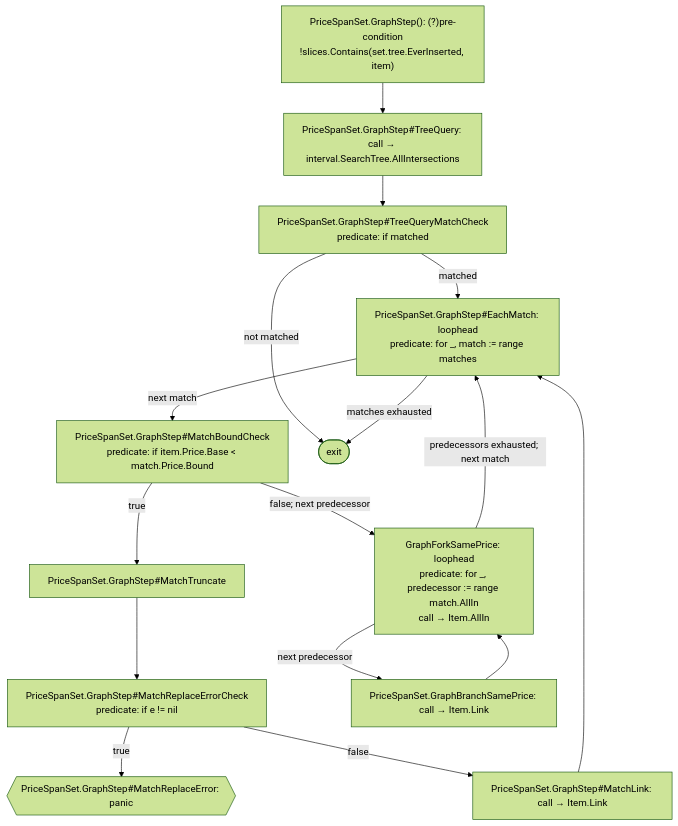
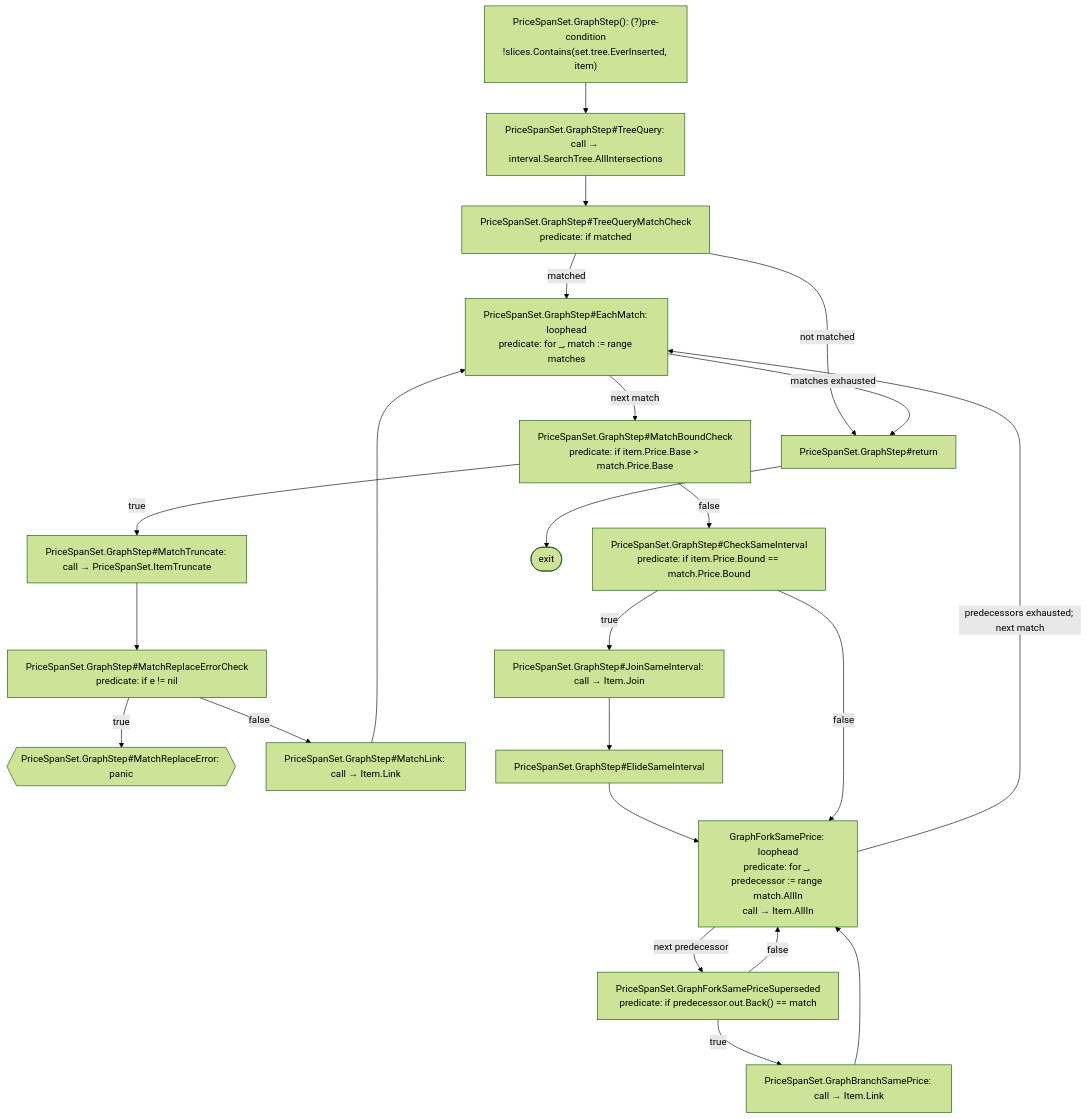
Before and after one commit to byron-hawkins/profit-triplet: diagram 14 of 15 in model/doc/dag.cfg.md, drawn with Mermaid (forest theme). The commit also changed other lines of this file and 7 other files, not shown here.

Commit message:
add a join chain across the dag for special cases of identical price bounds, plus establish 'purchasable' as a formal proof goal (both incomplete)

````diff
--- a/model/doc/dag.cfg.md
+++ b/model/doc/dag.cfg.md
@@ -147,27 +166,37 @@
 ```mermaid
 flowchart TD
     G1["PriceSpanSet.GraphStep(): (?)pre-condition<br/>!slices.Contains(set.tree.EverInserted, item)"]
     G2["PriceSpanSet.GraphStep#TreeQuery: call → interval.SearchTree.AllIntersections"]
     G3["PriceSpanSet.GraphStep#TreeQueryMatchCheck<br/>predicate: if matched"]
     G4["PriceSpanSet.GraphStep#EachMatch: loophead<br/>predicate: for _, match := range matches"]
-    G5["PriceSpanSet.GraphStep#MatchBoundCheck<br/>predicate: if item.Price.Base &lt; match.Price.Bound"]
-    G6["PriceSpanSet.GraphStep#MatchTruncate"]
+    G5["PriceSpanSet.GraphStep#MatchBoundCheck<br/>predicate: if item.Price.Base &gt; match.Price.Base"]
+    G6["PriceSpanSet.GraphStep#MatchTruncate: call → PriceSpanSet.ItemTruncate"]
     G7["PriceSpanSet.GraphStep#MatchReplaceErrorCheck<br/>predicate: if e != nil"]
     GPanic{{"PriceSpanSet.GraphStep#MatchReplaceError: panic"}}
     G8["PriceSpanSet.GraphStep#MatchLink: call → Item.Link"]
-    G9["GraphForkSamePrice: loophead<br/>predicate: for _, predecessor := range match.AllIn<br/>call → Item.AllIn"]
-    G10["PriceSpanSet.GraphBranchSamePrice: call → Item.Link"]
+    G9["PriceSpanSet.GraphStep#CheckSameInterval<br/>predicate: if item.Price.Bound == match.Price.Bound"]
+    G10["PriceSpanSet.GraphStep#JoinSameInterval: call → Item.Join"]
+    G11["PriceSpanSet.GraphStep#ElideSameInterval"]
+    G12["GraphForkSamePrice: loophead<br/>predicate: for _, predecessor := range match.AllIn<br/>call → Item.AllIn"]
+    G13["PriceSpanSet.GraphForkSamePriceSuperseded<br/>predicate: if predecessor.out.Back() == match"]
+    G14["PriceSpanSet.GraphBranchSamePrice: call → Item.Link"]
+    G15["PriceSpanSet.GraphStep#return"]
     GExit(["exit"])
 
     G1 --> G2 --> G3
     G3 -->|matched| G4
-    G3 -->|not matched| GExit
+    G3 -->|not matched| G15
     G4 -->|next match| G5
-    G4 -->|matches exhausted| GExit
+    G4 -->|matches exhausted| G15
     G5 -->|true| G6 --> G7
     G7 -->|true| GPanic
     G7 -->|false| G8 --> G4
-    G5 -->|false; next predecessor| G9
-    G9 -->|next predecessor| G10 --> G9
-    G9 -->|predecessors exhausted; next match| G4
+    G5 -->|false| G9
+    G9 -->|true| G10 --> G11 --> G12
+    G9 -->|false| G12
+    G12 -->|next predecessor| G13
+    G13 -->|true| G14 --> G12
+    G13 -->|false| G12
+    G12 -->|predecessors exhausted; next match| G4
+    G15 --> GExit
 ```
````
